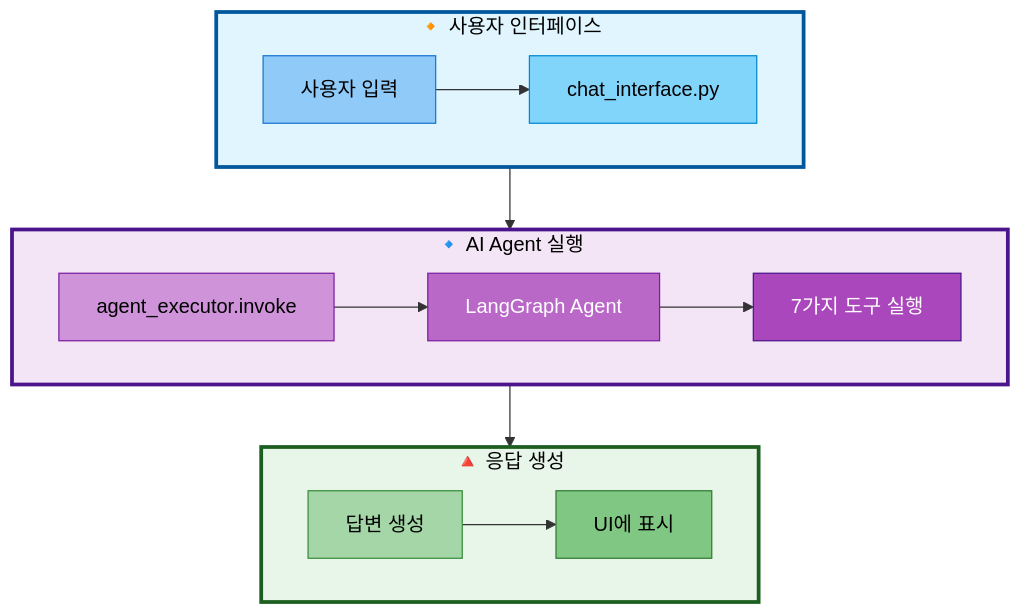
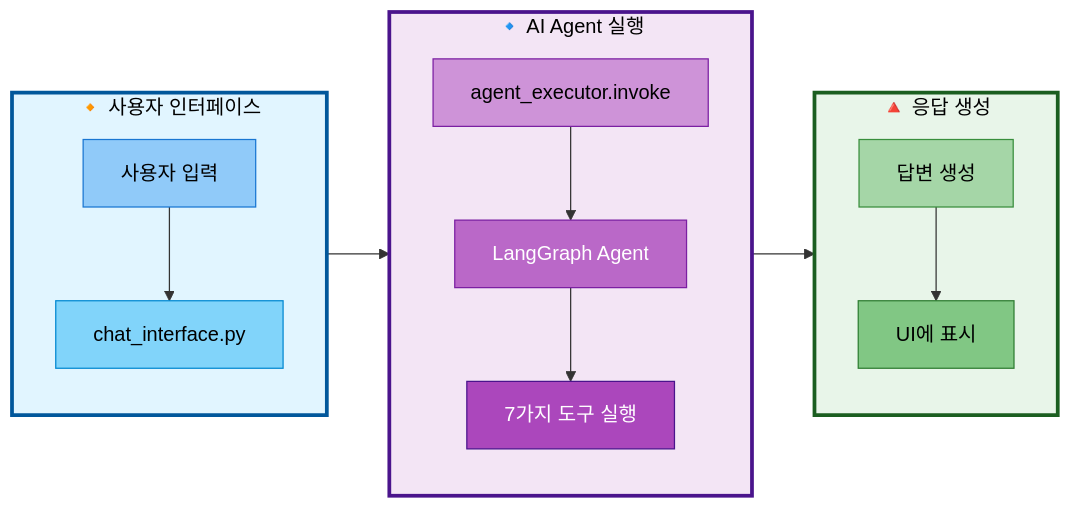
One commit to AIBootcamp14/langchainproject-new-langchainproject_5 changed the second of 2 diagrams in docs/modularization/13_Streamlit_UI_시스템.md. Above: the diagram before and after it, drawn with Mermaid.

Commit message:
docs: AI Agent 통합 다이어그램 세로 길이 개선
LR+TB 방식 적용
- graph TB를 graph LR로 변경
- 각 subgraph를 direction TB로 변경
- Subgraph 간 연결 간소화 (UI -> Agent -> Output)
- 노드 선언과 연결을 분리하여 가독성 향상

````diff
--- a/docs/modularization/13_Streamlit_UI_시스템.md
+++ b/docs/modularization/13_Streamlit_UI_시스템.md
@@ -94,39 +94,46 @@
 ```mermaid
-graph TB
+graph LR
     subgraph UI["🔸 사용자 인터페이스"]
-        direction LR
-        Input[사용자 입력] --> ChatIF[chat_interface.py]
+        direction TB
+        Input[사용자 입력]
+        ChatIF[chat_interface.py]
+        Input --> ChatIF
     end
 
     subgraph Agent["🔹 AI Agent 실행"]
-        direction LR
-        Invoke[agent_executor.invoke] --> LG[LangGraph Agent]
-        LG --> Tools[7가지 도구 실행]
+        direction TB
+        Invoke[agent_executor.invoke]
+        LG[LangGraph Agent]
+        Tools[7가지 도구 실행]
+        Invoke --> LG
+        LG --> Tools
     end
 
     subgraph Output["🔺 응답 생성"]
-        direction LR
-        Generate[답변 생성] --> Display[UI에 표시]
+        direction TB
+        Generate[답변 생성]
+        Display[UI에 표시]
+        Generate --> Display
     end
 
-    ChatIF --> Invoke
-    Tools --> Generate
+    UI --> Agent
+    Agent --> Output
 
     %% Subgraph 스타일
     style UI fill:#e1f5ff,stroke:#01579b,stroke-width:3px,color:#000
     style Agent fill:#f3e5f5,stroke:#4a148c,stroke-width:3px,color:#000
     style Output fill:#e8f5e9,stroke:#1b5e20,stroke-width:3px,color:#000
 
     %% 노드 스타일 (UI - 파랑 계열)
     style Input fill:#90caf9,stroke:#1976d2,color:#000
     style ChatIF fill:#81d4fa,stroke:#0288d1,color:#000
 
     %% 노드 스타일 (Agent - 보라 계열)
     style Invoke fill:#ce93d8,stroke:#7b1fa2,color:#000
     style LG fill:#ba68c8,stroke:#7b1fa2,color:#fff
     style Tools fill:#ab47bc,stroke:#4a148c,color:#fff
 
     %% 노드 스타일 (Output - 녹색 계열)
     style Generate fill:#a5d6a7,stroke:#388e3c,color:#000
     style Display fill:#81c784,stroke:#2e7d32,color:#000
 ```
````
